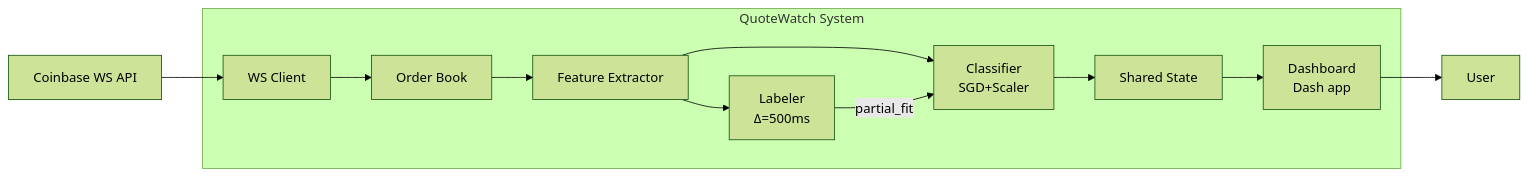
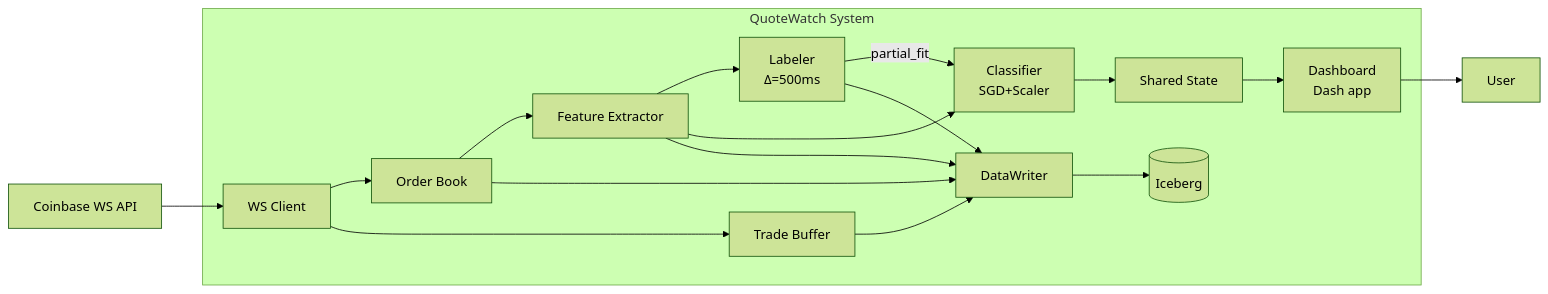
One commit to elinsky/market-microstructure-ml changed the first of 5 diagrams in docs/architecture.md. Above: the diagram before and after it, drawn with Mermaid (forest theme). The commit also changed other lines of this file and 6 other files, not shown here.

First line of the commit message:
feat: wire DataWriter into runner with optional persistence

````diff
--- a/docs/architecture.md
+++ b/docs/architecture.md
@@ -19,15 +20,21 @@
 ```mermaid
 flowchart LR
     subgraph QuoteWatch["QuoteWatch System"]
         WS[WS Client] --> OB[Order Book]
+        WS --> TB[Trade Buffer]
         OB --> FE[Feature Extractor]
         FE --> L[Labeler<br/>Δ=500ms]
         FE --> C[Classifier<br/>SGD+Scaler]
         L -->|partial_fit| C
         C --> SS[Shared State]
         SS --> D[Dashboard<br/>Dash app]
+        OB --> DW[DataWriter]
+        TB --> DW
+        FE --> DW
+        L --> DW
+        DW --> ICE[(Iceberg)]
     end
 
     CB[Coinbase WS API] --> WS
     D --> U[User]
 ```
````
